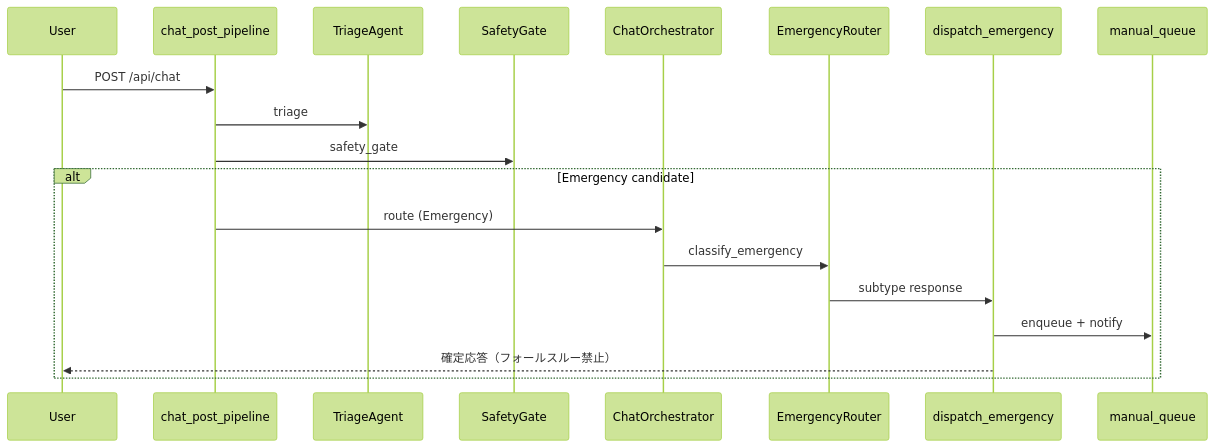
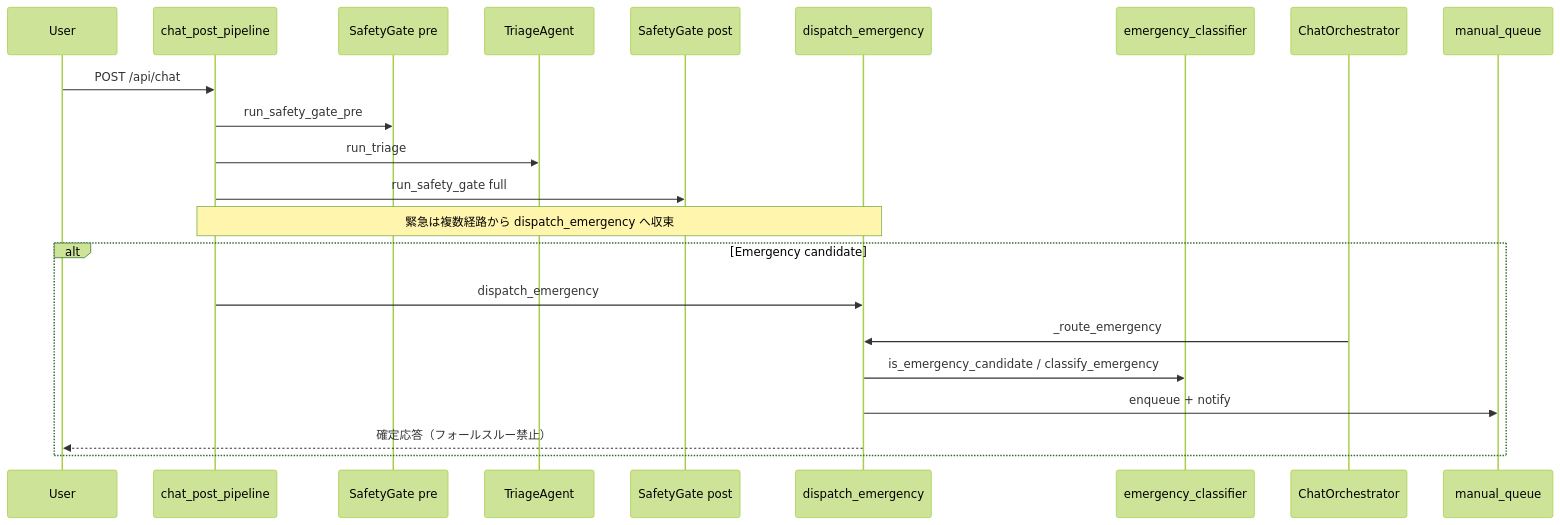
The first of 2 diagrams in docs/dev/ARCHITECTURE_MULTI_AGENT.md (32Lwk/medicine-recommend-system), drawn with Mermaid (forest theme) before and after one commit. The commit also changed other lines of this file, not shown here.

First line of the commit message:
docs: align ARCHITECTURE_MULTI_AGENT with current pipeline implementation

````diff
--- a/docs/dev/ARCHITECTURE_MULTI_AGENT.md
+++ b/docs/dev/ARCHITECTURE_MULTI_AGENT.md
@@ -27,22 +49,25 @@
 ```mermaid
 sequenceDiagram
     participant U as User
     participant P as chat_post_pipeline
+    participant Sp as SafetyGate pre
     participant T as TriageAgent
-    participant S as SafetyGate
+    participant S as SafetyGate post
+    participant D as dispatch_emergency
+    participant C as emergency_classifier
     participant O as ChatOrchestrator
-    participant E as EmergencyRouter
-    participant D as dispatch_emergency
     participant Q as manual_queue
 
     U->>P: POST /api/chat
-    P->>T: triage
-    P->>S: safety_gate
+    P->>Sp: run_safety_gate_pre
+    P->>T: run_triage
+    P->>S: run_safety_gate full
+  Note over P,D: 緊急は複数経路から dispatch_emergency へ収束
     alt Emergency candidate
-        P->>O: route (Emergency)
-        O->>E: classify_emergency
-        E->>D: subtype response
+        P->>D: dispatch_emergency
+        O->>D: _route_emergency
+        D->>C: is_emergency_candidate / classify_emergency
         D->>Q: enqueue + notify
         D-->>U: 確定応答（フォールスルー禁止）
     end
 ```
````
